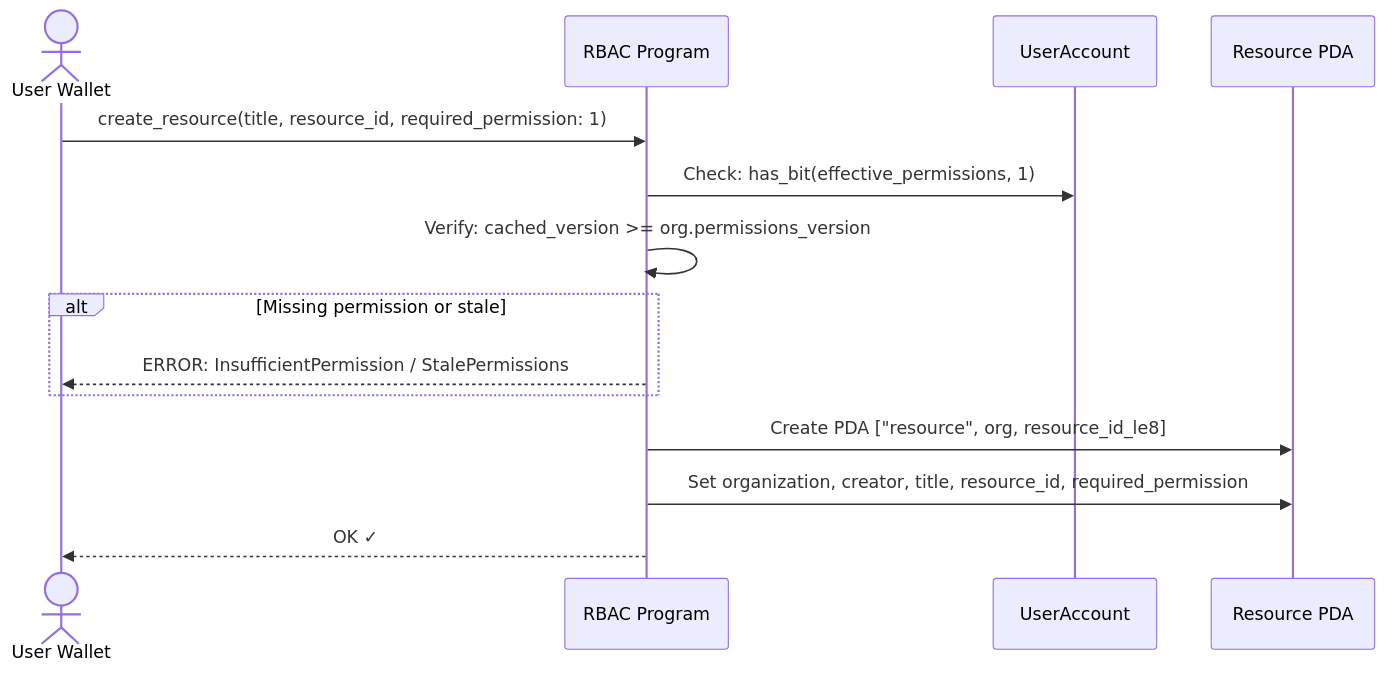
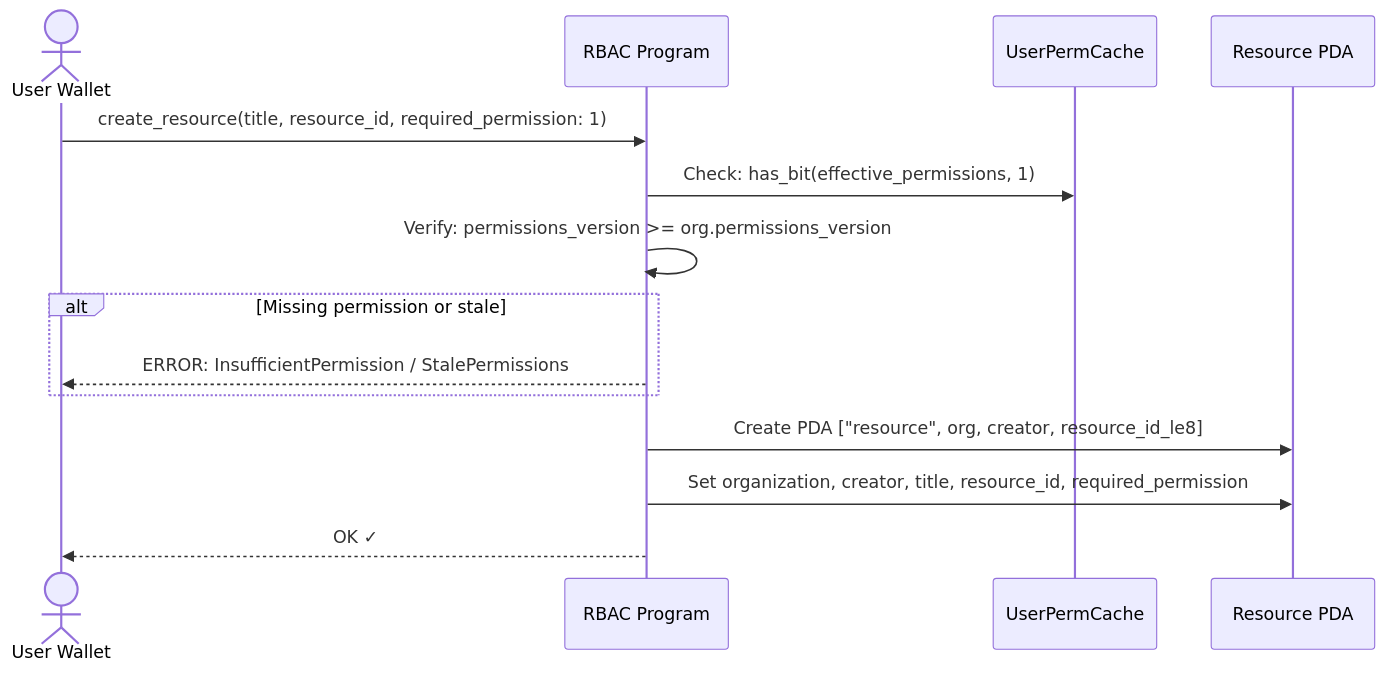
One commit to Vadimus1983/Solana-rbac changed diagram 15 of 25 in docs/architecture.md. Above: the diagram before and after it, drawn with Mermaid. The commit also changed other lines of this file and 9 other files, not shown here.

````diff
--- a/docs/architecture.md
+++ b/docs/architecture.md
@@ -631,20 +638,20 @@
 ```mermaid
 sequenceDiagram
     actor User as User Wallet
     participant P as RBAC Program
-    participant UA as UserAccount
+    participant UPC as UserPermCache
     participant Res as Resource PDA
 
     User->>P: create_resource(title, resource_id, required_permission: 1)
 
-    P->>UA: Check: has_bit(effective_permissions, 1)
-    P->>P: Verify: cached_version >= org.permissions_version
+    P->>UPC: Check: has_bit(effective_permissions, 1)
+    P->>P: Verify: permissions_version >= org.permissions_version
 
     alt Missing permission or stale
         P-->>User: ERROR: InsufficientPermission / StalePermissions
     end
 
-    P->>Res: Create PDA ["resource", org, resource_id_le8]
+    P->>Res: Create PDA ["resource", org, creator, resource_id_le8]
     P->>Res: Set organization, creator, title, resource_id, required_permission
     P-->>User: OK ✓
 ```
````
